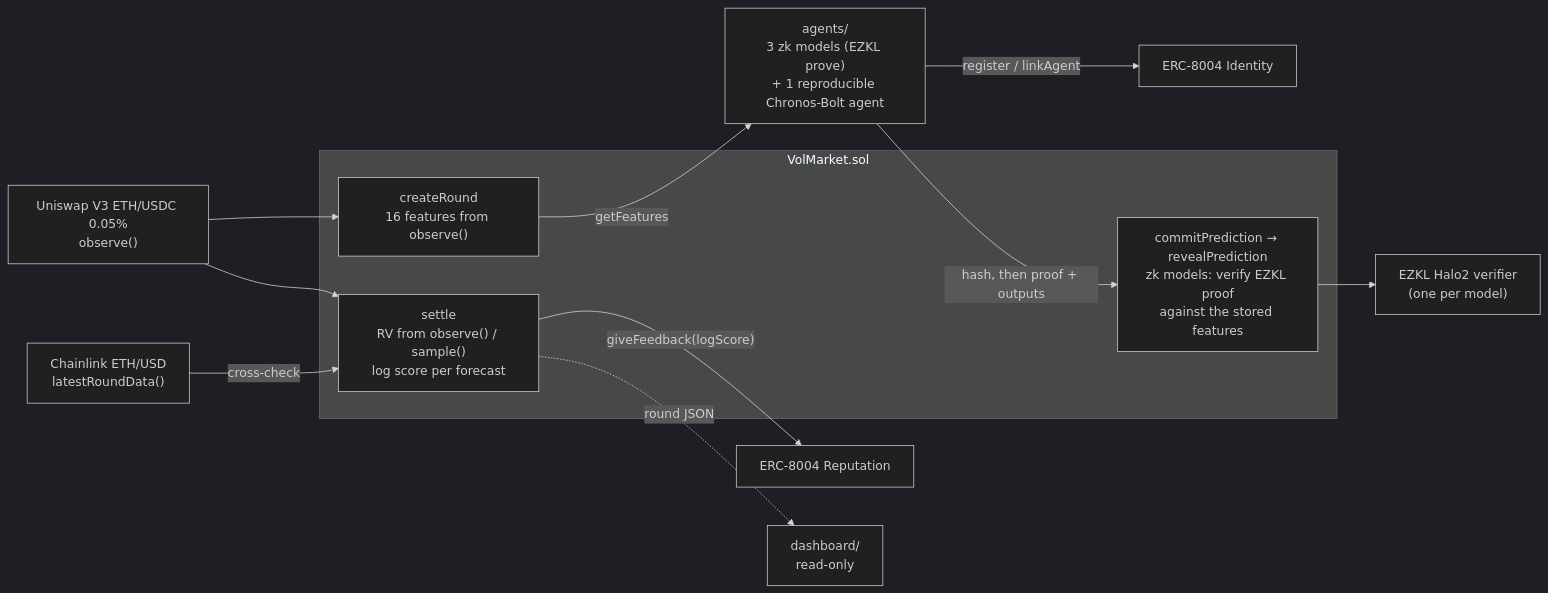
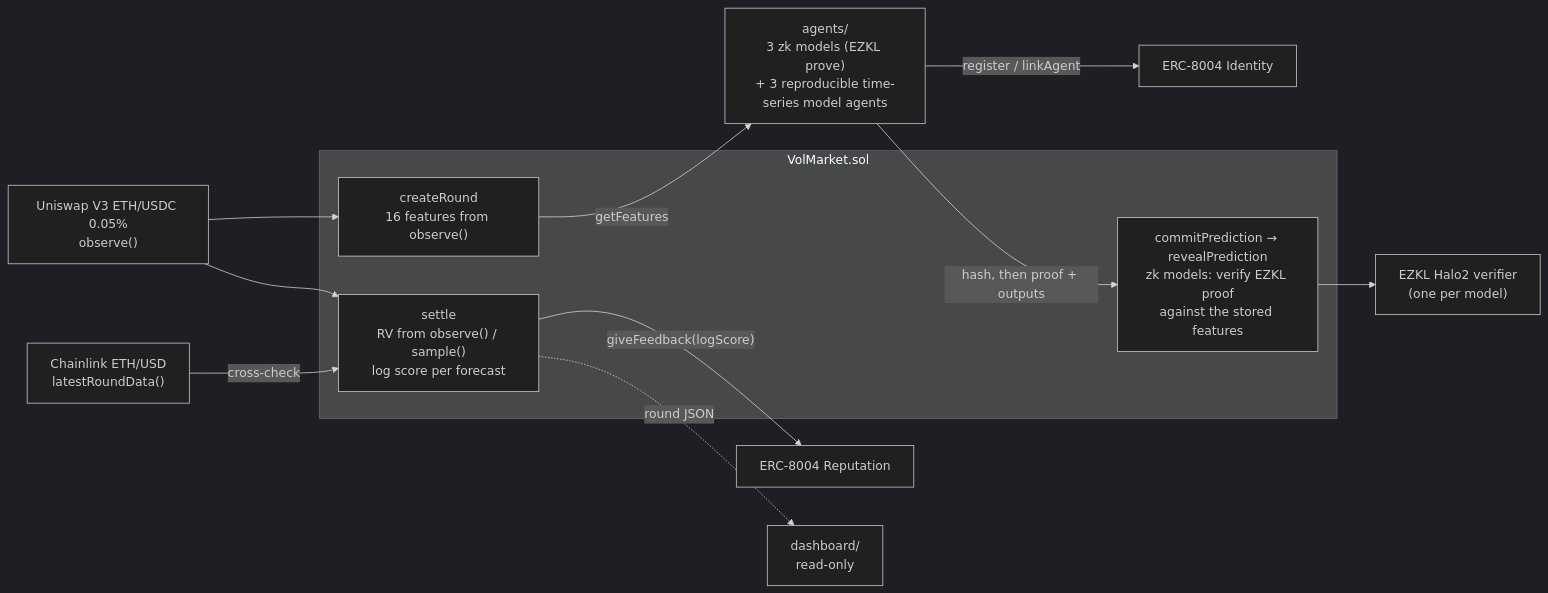
One commit to counterfactual5/verifiable-forecasts changed the diagram in README.md. Above: the diagram before and after it, drawn with Mermaid (dark theme). The commit also changed other lines of this file and 11 other files, not shown here.

````diff
--- a/README.md
+++ b/README.md
@@ -32,25 +32,25 @@
 ```mermaid
 flowchart LR
   pool["Uniswap V3 ETH/USDC 0.05%<br/>observe()"]
   feed["Chainlink ETH/USD<br/>latestRoundData()"]
   subgraph market["VolMarket.sol"]
     create["createRound<br/>16 features from observe()"]
     submit["commitPrediction → revealPrediction<br/>zk models: verify EZKL proof<br/>against the stored features"]
     settle["settle<br/>RV from observe() / sample()<br/>log score per forecast"]
   end
-  agents["agents/<br/>3 zk models (EZKL prove)<br/>+ 1 reproducible Chronos-Bolt agent"]
+  agents["agents/<br/>3 zk models (EZKL prove)<br/>+ 3 reproducible time-series model agents"]
   verifier["EZKL Halo2 verifier<br/>(one per model)"]
   id["ERC-8004 Identity"]
   rep["ERC-8004 Reputation"]
   dash["dashboard/<br/>read-only"]
 
   pool --> create
   create -- getFeatures --> agents
   agents -- hash, then proof + outputs --> submit
   submit --> verifier
   pool --> settle
   feed -- cross-check --> settle
   agents -- register / linkAgent --> id
   settle -- giveFeedback(logScore) --> rep
   settle -. round JSON .-> dash
 ```
````
